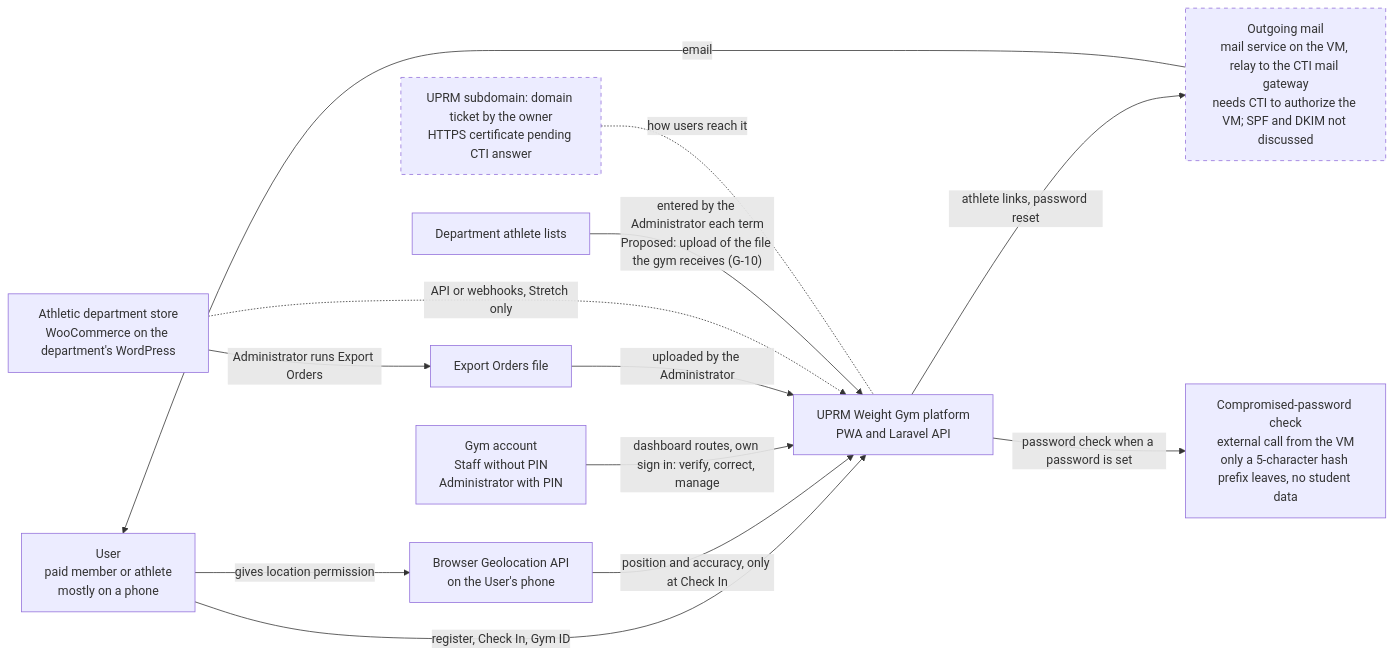
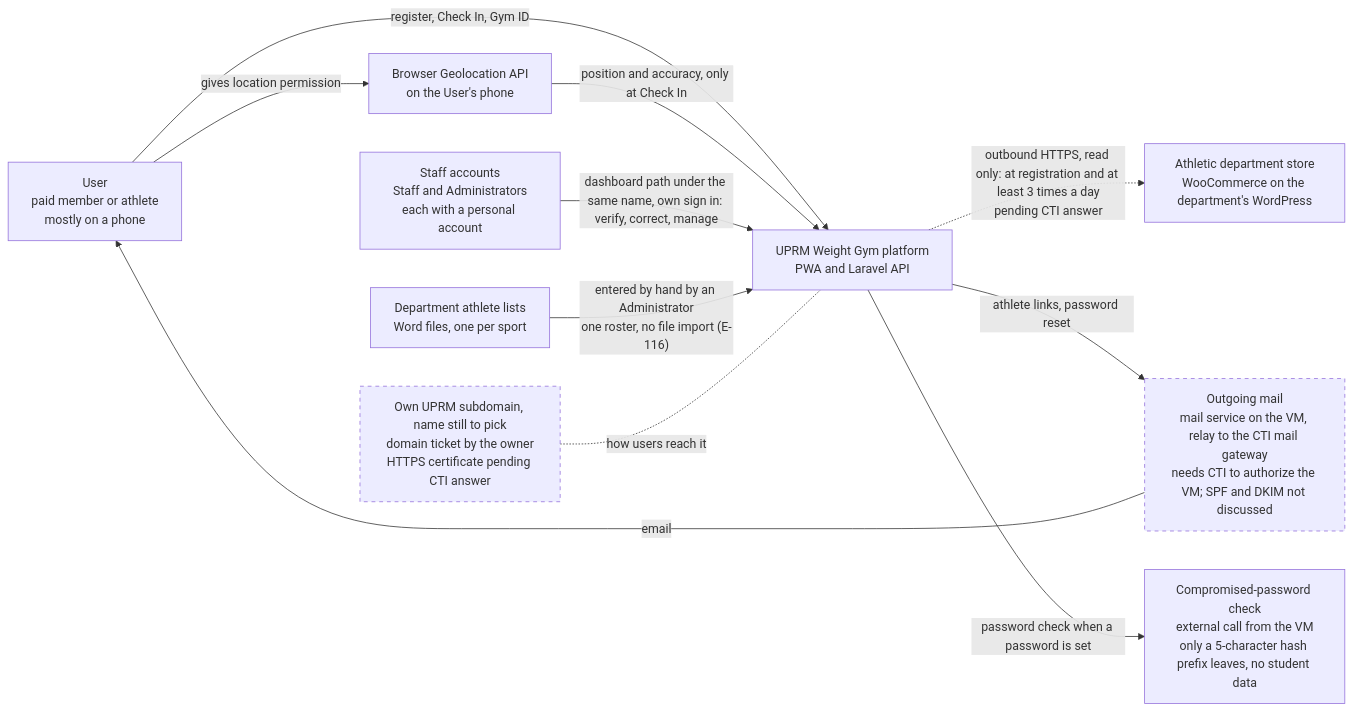
One commit to Th3-Minorities/natatorio-gym-app changed the first of 5 diagrams in docs/design/architecture.md. Above: the diagram before and after it, drawn with Mermaid. The commit also changed other lines of this file and 8 other files, not shown here.

Commit message:
Update the SRS and design docs for personal staff accounts, check-out, one roster, store sync and the other meeting decisions

````diff
--- a/docs/design/architecture.md
+++ b/docs/design/architecture.md
@@ -13,29 +13,26 @@
 ```mermaid
 flowchart LR
   U["User<br/>paid member or athlete<br/>mostly on a phone"]
-  G["Gym account<br/>Staff without PIN<br/>Administrator with PIN"]
+  G["Staff accounts<br/>Staff and Administrators<br/>each with a personal account"]
   SYS["UPRM Weight Gym platform<br/>PWA and Laravel API"]
   GEO["Browser Geolocation API<br/>on the User's phone"]
   WOO["Athletic department store<br/>WooCommerce on the department's WordPress"]
-  FILE["Export Orders file"]
-  LISTS["Department athlete lists"]
+  LISTS["Department athlete lists<br/>Word files, one per sport"]
   MAIL["Outgoing mail<br/>mail service on the VM, relay to the CTI mail gateway<br/>needs CTI to authorize the VM; SPF and DKIM not discussed"]
-  NAME["UPRM subdomain: domain ticket by the owner<br/>HTTPS certificate pending CTI answer"]
+  NAME["Own UPRM subdomain, name still to pick<br/>domain ticket by the owner<br/>HTTPS certificate pending CTI answer"]
   PWN["Compromised-password check<br/>external call from the VM<br/>only a 5-character hash prefix leaves, no student data"]
 
   U -->|"register, Check In, Gym ID"| SYS
   U -->|"gives location permission"| GEO
   GEO -->|"position and accuracy, only at Check In"| SYS
-  G -->|"dashboard routes, own sign in: verify, correct, manage"| SYS
-  WOO -->|"Administrator runs Export Orders"| FILE
-  FILE -->|"uploaded by the Administrator"| SYS
-  WOO -.->|"API or webhooks, Stretch only"| SYS
-  LISTS -->|"entered by the Administrator each term<br/>Proposed: upload of the file the gym receives (G-10)"| SYS
+  G -->|"dashboard path under the same name, own sign in: verify, correct, manage"| SYS
+  SYS -.->|"outbound HTTPS, read only: at registration and at least 3 times a day<br/>pending CTI answer"| WOO
+  LISTS -->|"entered by hand by an Administrator<br/>one roster, no file import (E-116)"| SYS
   SYS -->|"athlete links, password reset"| MAIL
   MAIL -->|"email"| U
   SYS -->|"password check when a password is set"| PWN
   NAME -.-|"how users reach it"| SYS
 
   classDef pending stroke-dasharray: 5 5
   class MAIL,NAME pending
 ```
````
